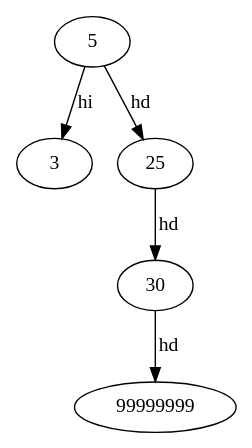
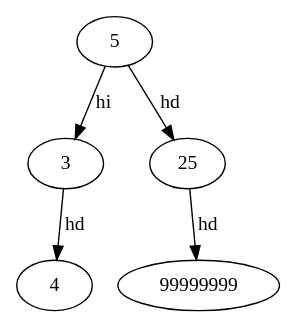
Before and after one commit to WillyPeppaU/recreacionBinarios: the diagram in abb/output/abb5.dot, drawn with Graphviz. The commit also changed 3 other files, not shown here.

```diff
--- a/abb/output/abb5.dot
+++ b/abb/output/abb5.dot
@@ -1,7 +1,7 @@
 digraph abb5
  {
+3 -> 4 [label="hd"]
 5 -> 3 [label="hi"]
 5 -> 25 [label="hd"]
-25 -> 30 [label="hd"]
-30 -> 99999999 [label="hd"]
+25 -> 99999999 [label="hd"]
 }
```
